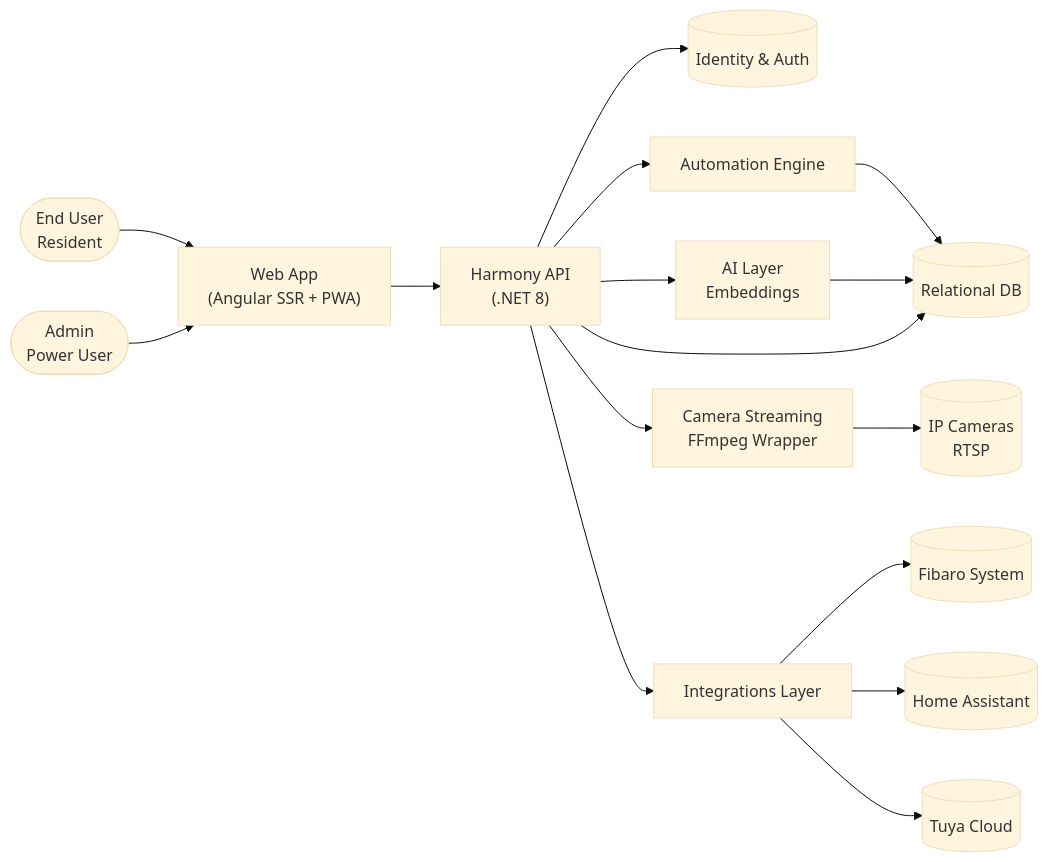
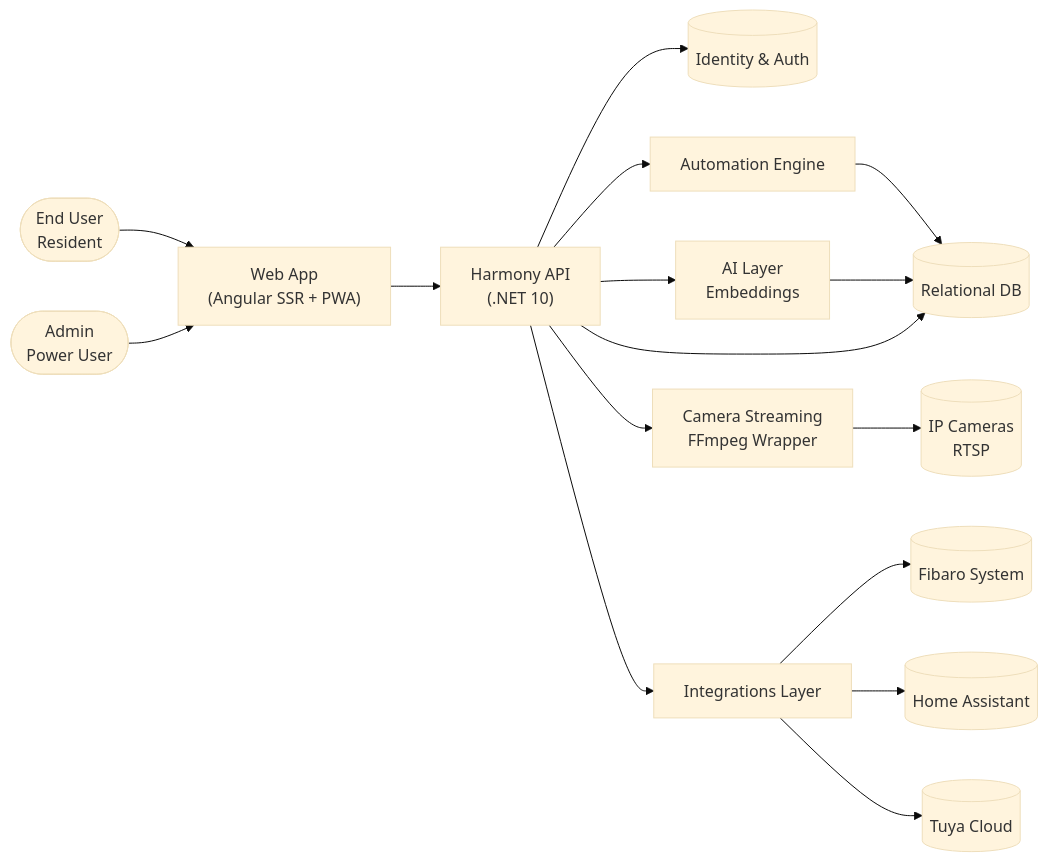
Before and after one commit to PatrykCzechowski/harmony-showcase: the diagram in diagrams/context.md, drawn with Mermaid (base theme). The commit also changed 3 other files, not shown here.

````diff
--- a/diagrams/context.md
+++ b/diagrams/context.md
@@ -5,18 +5,18 @@
 ```mermaid
 flowchart LR
     User([End User<br/>Resident]) --> UI["Web App<br/>(Angular SSR + PWA)"]
     Admin([Admin<br/>Power User]) --> UI
-    UI --> API["Harmony API<br/>(.NET 8)"]
+    UI --> API["Harmony API<br/>(.NET 10)"]
     API --> Auth[("Identity & Auth")]
     API --> Automation["Automation Engine"]
     API --> AI["AI Layer<br/>Embeddings"]
     API --> Streaming["Camera Streaming<br/>FFmpeg Wrapper"]
     API --> Integrations["Integrations Layer"]
     Integrations --> Fibaro[("Fibaro System")]
     Integrations --> HA[("Home Assistant")]
     Integrations --> Tuya[("Tuya Cloud")]
     Streaming --> Cameras[("IP Cameras<br/>RTSP")]
     Automation --> DB[("Relational DB")]
     AI --> DB
     API --> DB
 ```
````
